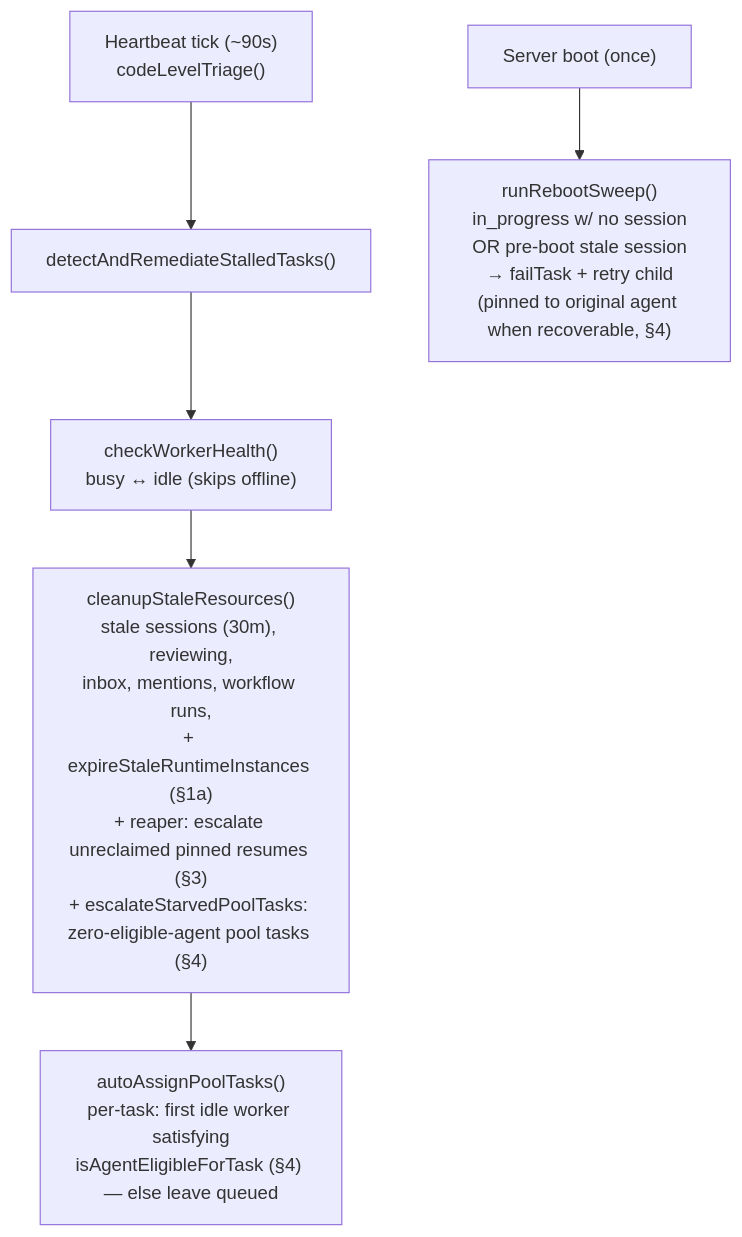
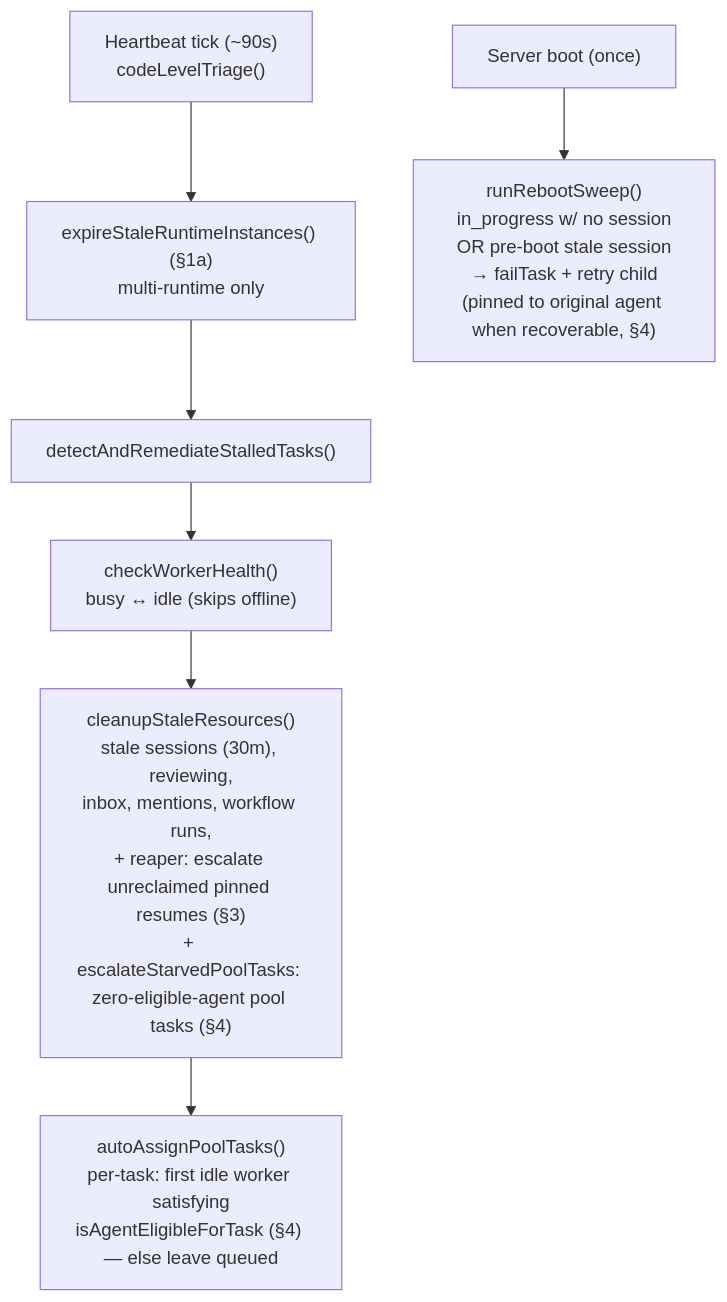
The first of 4 diagrams in runbooks/heartbeat-crash-recovery.md (desplega-ai/agent-swarm), drawn with Mermaid before and after one commit. The commit also changed other lines of this file and 10 other files, not shown here.

````diff
--- a/runbooks/heartbeat-crash-recovery.md
+++ b/runbooks/heartbeat-crash-recovery.md
@@ -15,9 +15,10 @@
 ```mermaid
 flowchart TD
-  tick["Heartbeat tick (~90s)<br/>codeLevelTriage()"] --> detect["detectAndRemediateStalledTasks()"]
+  tick["Heartbeat tick (~90s)<br/>codeLevelTriage()"] --> expire["expireStaleRuntimeInstances() (§1a)<br/>multi-runtime only"]
+  expire --> detect["detectAndRemediateStalledTasks()"]
   detect --> health["checkWorkerHealth()<br/>busy ↔ idle (skips offline)"]
-  health --> cleanup["cleanupStaleResources()<br/>stale sessions (30m), reviewing,<br/>inbox, mentions, workflow runs,<br/>+ expireStaleRuntimeInstances (§1a)<br/>+ reaper: escalate unreclaimed pinned resumes (§3)<br/>+ escalateStarvedPoolTasks: zero-eligible-agent pool tasks (§4)"]
+  health --> cleanup["cleanupStaleResources()<br/>stale sessions (30m), reviewing,<br/>inbox, mentions, workflow runs,<br/>+ reaper: escalate unreclaimed pinned resumes (§3)<br/>+ escalateStarvedPoolTasks: zero-eligible-agent pool tasks (§4)"]
   cleanup --> assign["autoAssignPoolTasks()<br/>per-task: first idle worker satisfying<br/>isAgentEligibleForTask (§4) — else leave queued"]
 
   boot["Server boot (once)"] --> reboot["runRebootSweep()<br/>in_progress w/ no session<br/>OR pre-boot stale session<br/>→ failTask + retry child<br/>(pinned to original agent when recoverable, §4)"]
 ```
````
